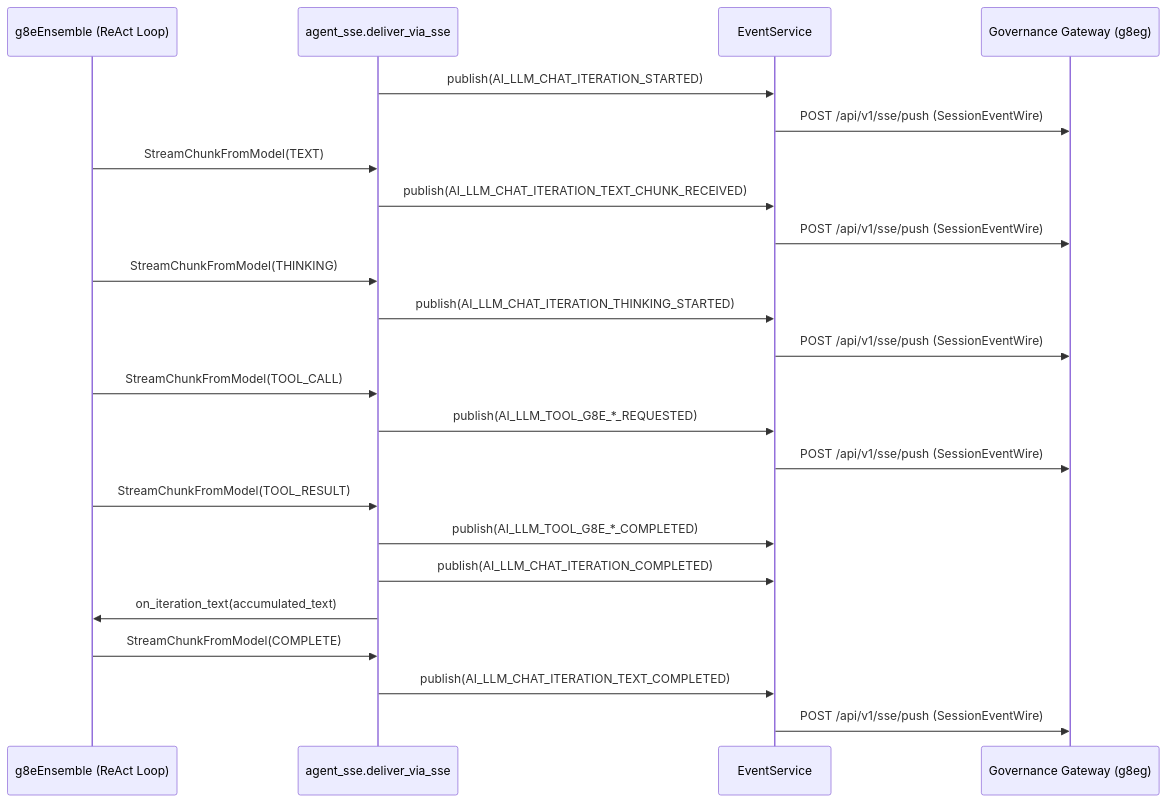
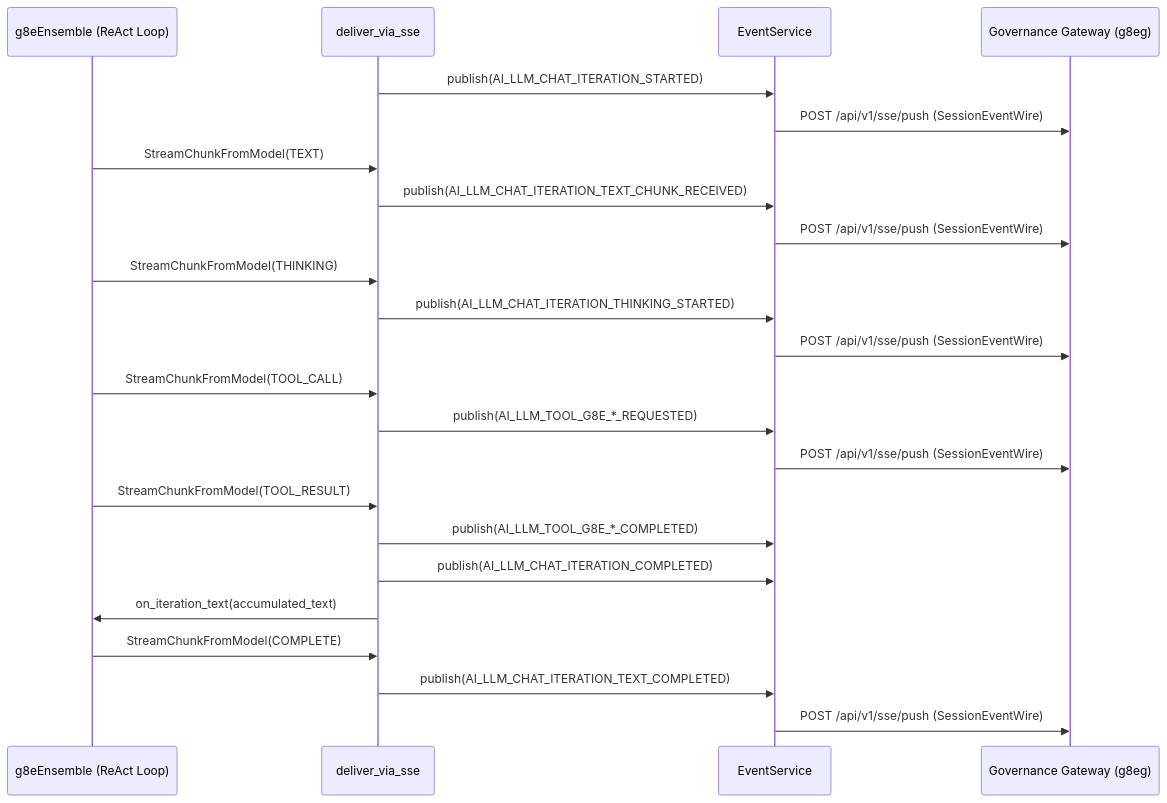
The second of 2 diagrams in docs/ensemble/sse.md (g8e-ai/g8e), drawn with Mermaid before and after one commit. The commit also changed other lines of this file and 211 other files, not shown here.

````diff
--- a/docs/ensemble/sse.md
+++ b/docs/ensemble/sse.md
@@ -126,31 +222,31 @@
 ```mermaid
 sequenceDiagram
     participant Agent as g8eEnsemble (ReAct Loop)
-    participant SSE as agent_sse.deliver_via_sse
+    participant SSE as deliver_via_sse
     participant EventSvc as EventService
     participant Gateway as Governance Gateway (g8eg)
 
     SSE->>EventSvc: publish(AI_LLM_CHAT_ITERATION_STARTED)
     EventSvc->>Gateway: POST /api/v1/sse/push (SessionEventWire)
 
     Agent->>SSE: StreamChunkFromModel(TEXT)
     SSE->>EventSvc: publish(AI_LLM_CHAT_ITERATION_TEXT_CHUNK_RECEIVED)
     EventSvc->>Gateway: POST /api/v1/sse/push (SessionEventWire)
 
     Agent->>SSE: StreamChunkFromModel(THINKING)
     SSE->>EventSvc: publish(AI_LLM_CHAT_ITERATION_THINKING_STARTED)
     EventSvc->>Gateway: POST /api/v1/sse/push (SessionEventWire)
 
     Agent->>SSE: StreamChunkFromModel(TOOL_CALL)
     SSE->>EventSvc: publish(AI_LLM_TOOL_G8E_*_REQUESTED)
     EventSvc->>Gateway: POST /api/v1/sse/push (SessionEventWire)
 
     Agent->>SSE: StreamChunkFromModel(TOOL_RESULT)
     SSE->>EventSvc: publish(AI_LLM_TOOL_G8E_*_COMPLETED)
     SSE->>EventSvc: publish(AI_LLM_CHAT_ITERATION_COMPLETED)
     SSE->>Agent: on_iteration_text(accumulated_text)
 
     Agent->>SSE: StreamChunkFromModel(COMPLETE)
     SSE->>EventSvc: publish(AI_LLM_CHAT_ITERATION_TEXT_COMPLETED)
     EventSvc->>Gateway: POST /api/v1/sse/push (SessionEventWire)
 ```
````
